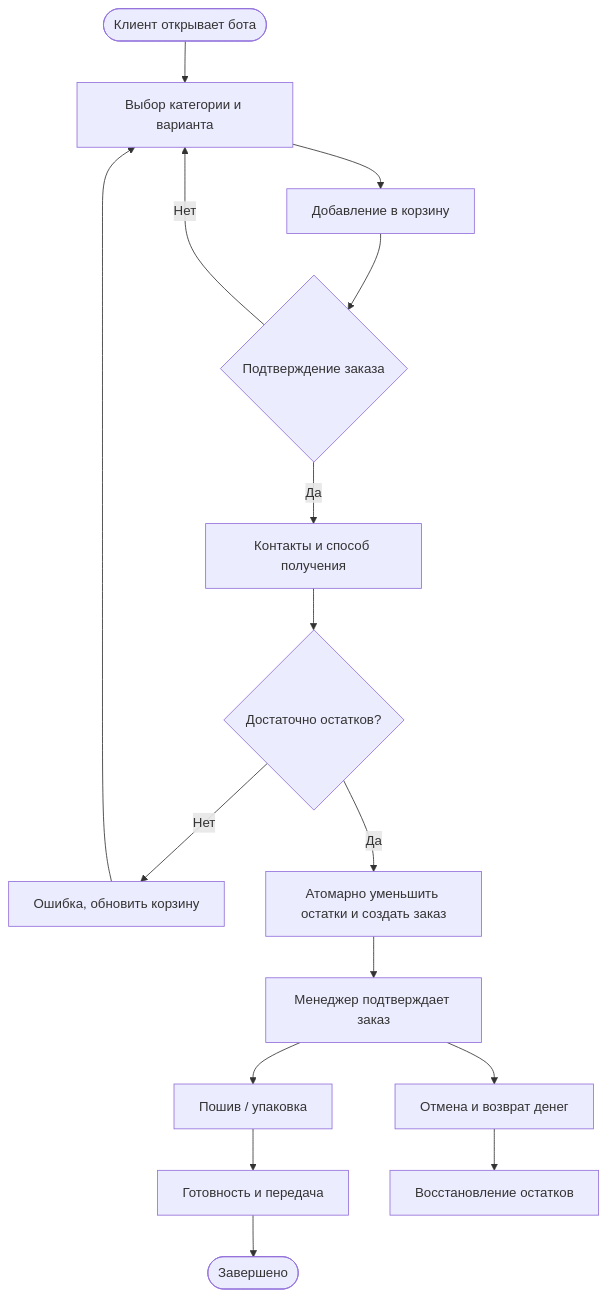
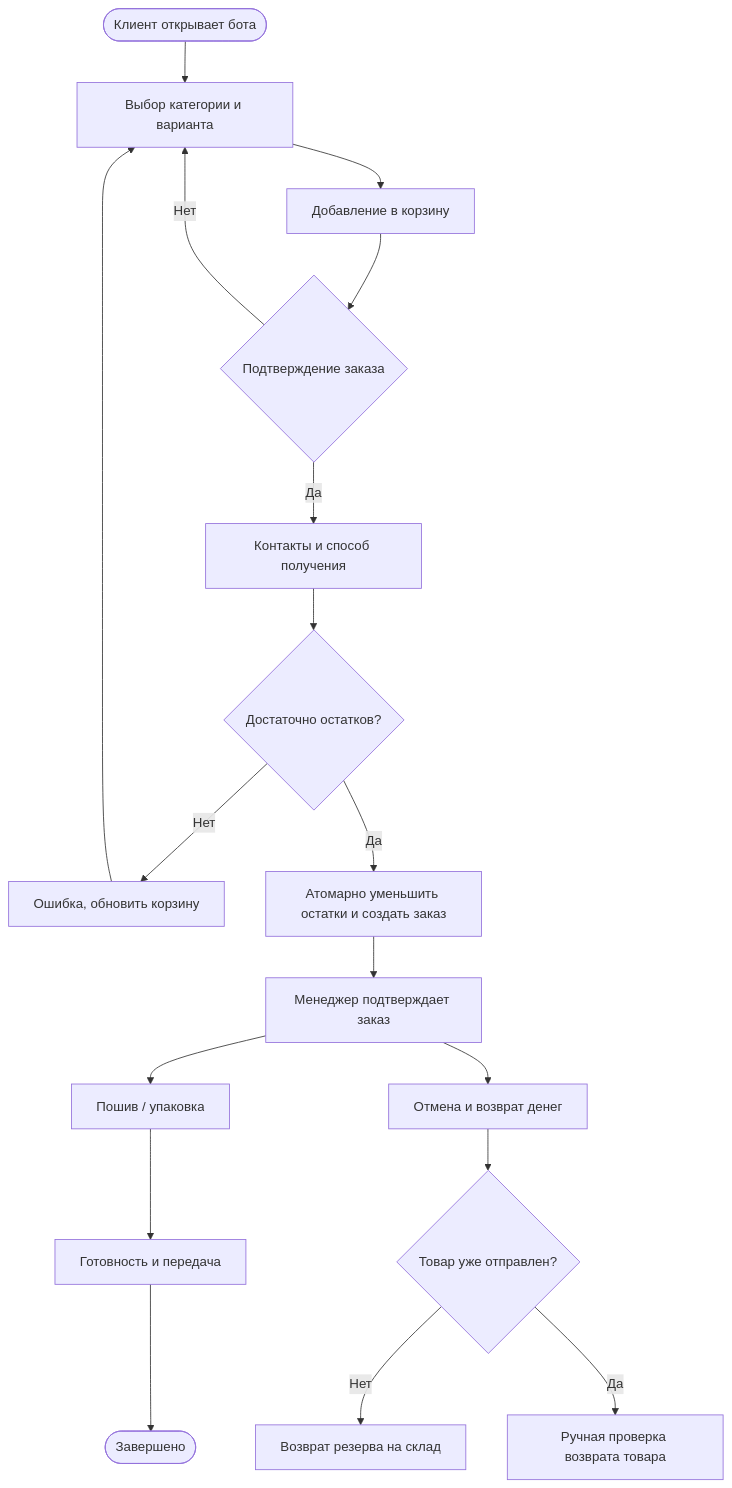
One commit to Ai-b0ss/atelier-telegram-shop changed the first of 2 diagrams in docs/business-process.md. Above: the diagram before and after it, drawn with Mermaid. The commit also changed other lines of this file and 14 other files, not shown here.

````diff
--- a/docs/business-process.md
+++ b/docs/business-process.md
@@ -5,18 +5,20 @@
 ```mermaid
 flowchart TD
     A([Клиент открывает бота]) --> B[Выбор категории и варианта]
     B --> C[Добавление в корзину]
     C --> D{Подтверждение заказа}
     D -- Нет --> B
     D -- Да --> E[Контакты и способ получения]
     E --> F{Достаточно остатков?}
     F -- Нет --> G[Ошибка, обновить корзину]
     G --> B
     F -- Да --> H[Атомарно уменьшить остатки и создать заказ]
     H --> I[Менеджер подтверждает заказ]
     I --> J[Пошив / упаковка]
     J --> K[Готовность и передача]
     K --> L([Завершено])
     I --> M[Отмена и возврат денег]
-    M --> N[Восстановление остатков]
+    M --> Q{Товар уже отправлен?}
+    Q -- Нет --> N[Возврат резерва на склад]
+    Q -- Да --> R[Ручная проверка возврата товара]
 ```
````
